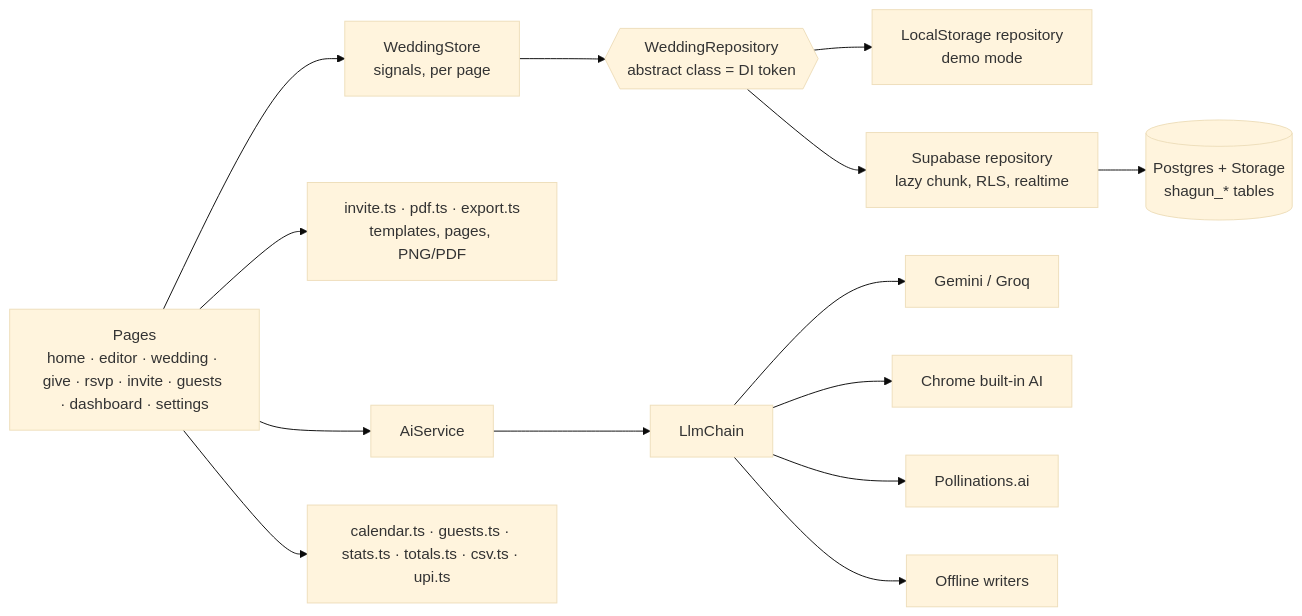
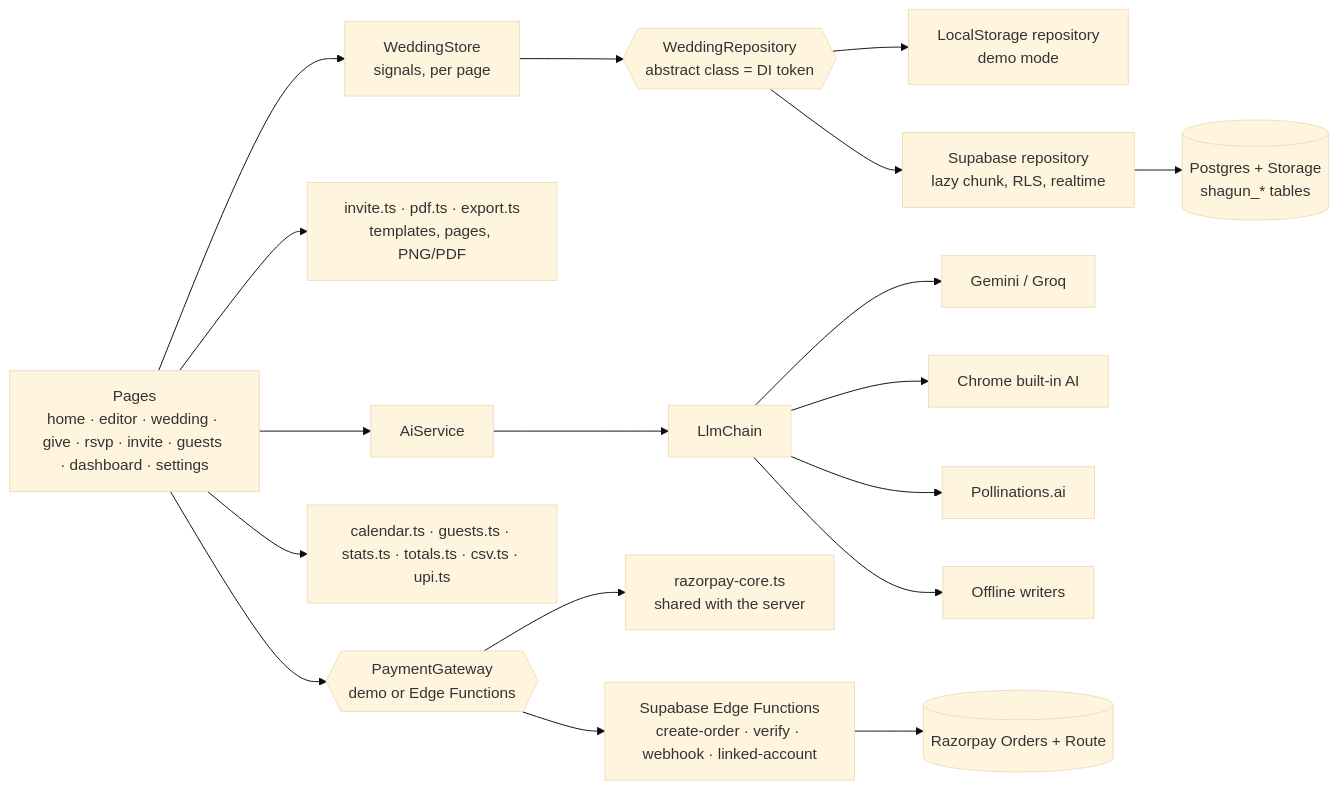
The diagram in README.md (Konicamaheshwarii/gathbandhan), drawn with Mermaid (base theme) before and after one commit. The commit also changed other lines of this file and 9 other files, not shown here.

````diff
--- a/README.md
+++ b/README.md
@@ -128,16 +146,20 @@
 ```mermaid
 flowchart LR
     UI[Pages<br/>home · editor · wedding · give · rsvp · invite · guests · dashboard · settings] --> Store[WeddingStore<br/>signals, per page]
     Store --> Repo{{WeddingRepository<br/>abstract class = DI token}}
     Repo --> LS[LocalStorage repository<br/>demo mode]
     Repo --> SB[Supabase repository<br/>lazy chunk, RLS, realtime]
     SB --> PG[(Postgres + Storage<br/>shagun_* tables)]
     UI --> Invite[invite.ts · pdf.ts · export.ts<br/>templates, pages, PNG/PDF]
     UI --> AI[AiService]
     AI --> Chain[LlmChain]
     Chain --> BYO[Gemini / Groq]
     Chain --> Nano[Chrome built-in AI]
     Chain --> Poll[Pollinations.ai]
     Chain --> Offline[Offline writers]
     UI --> Pure[calendar.ts · guests.ts · stats.ts · totals.ts · csv.ts · upi.ts]
+    UI --> Pay{{PaymentGateway<br/>demo or Edge Functions}}
+    Pay --> Core[razorpay-core.ts<br/>shared with the server]
+    Pay --> EF[Supabase Edge Functions<br/>create-order · verify · webhook · linked-account]
+    EF --> RZ[(Razorpay Orders + Route)]
 ```
````
